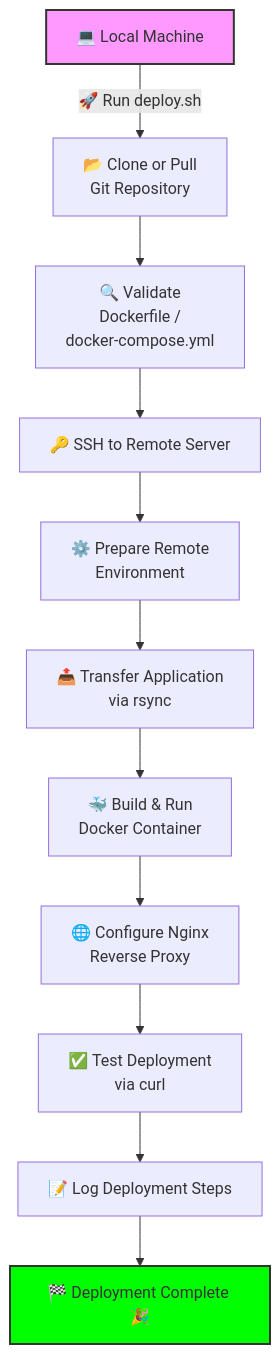
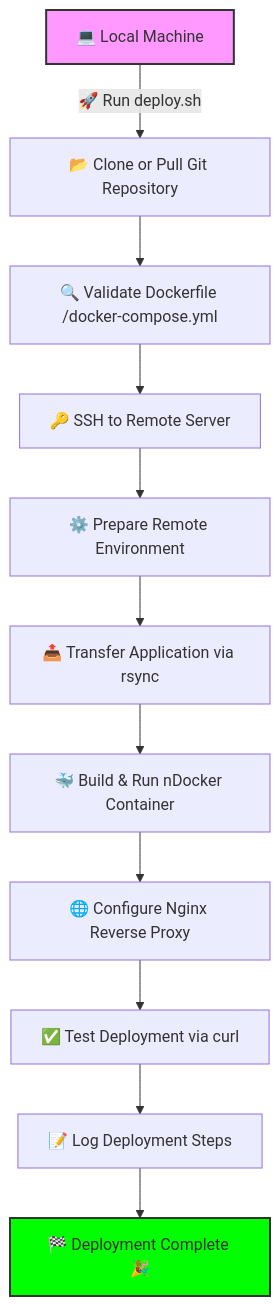
Before and after one commit to sudo-gigi/HNG13-STAGE-1-: the diagram in README.md, drawn with Mermaid.

````diff
--- a/README.md
+++ b/README.md
@@ -88,17 +88,17 @@
 ```mermaid
 %%{init: {"flowchart": {"nodeSpacing": 50, "rankSpacing": 50}}}%%
 flowchart TD
-    A[💻 Local Machine] -->|🚀 Run deploy.sh| B[📂 Clone or Pull\nGit Repository]
-    B --> C[🔍 Validate \nDockerfile /\ndocker-compose.yml]
+    A[💻 Local Machine] -->|🚀 Run deploy.sh| B[📂 Clone or Pull Git Repository]
+    B --> C[🔍 Validate Dockerfile /docker-compose.yml]
     C --> D[🔑 SSH to Remote Server]
-    D --> E[⚙️ Prepare Remote\n Environment]
-    E --> F[📤 Transfer Application\nvia rsync]
-    F --> G[🐳 Build & Run\nDocker Container]
-    G --> H[🌐 Configure Nginx\nReverse Proxy]            
-    H --> I[✅ Test Deployment\nvia curl]
+    D --> E[⚙️ Prepare Remote Environment]
+    E --> F[📤 Transfer Application via rsync]
+    F --> G[🐳 Build & Run nDocker Container]
+    G --> H[🌐 Configure Nginx Reverse Proxy]            
+    H --> I[✅ Test Deployment via curl]
     I --> J[📝 Log Deployment Steps]
     J --> K[🏁 Deployment Complete 🎉]
 
     style A fill:#f9f,stroke:#333,stroke-width:2px
     style K fill:#0f0,stroke:#333,stroke-width:2px
 ```
````
